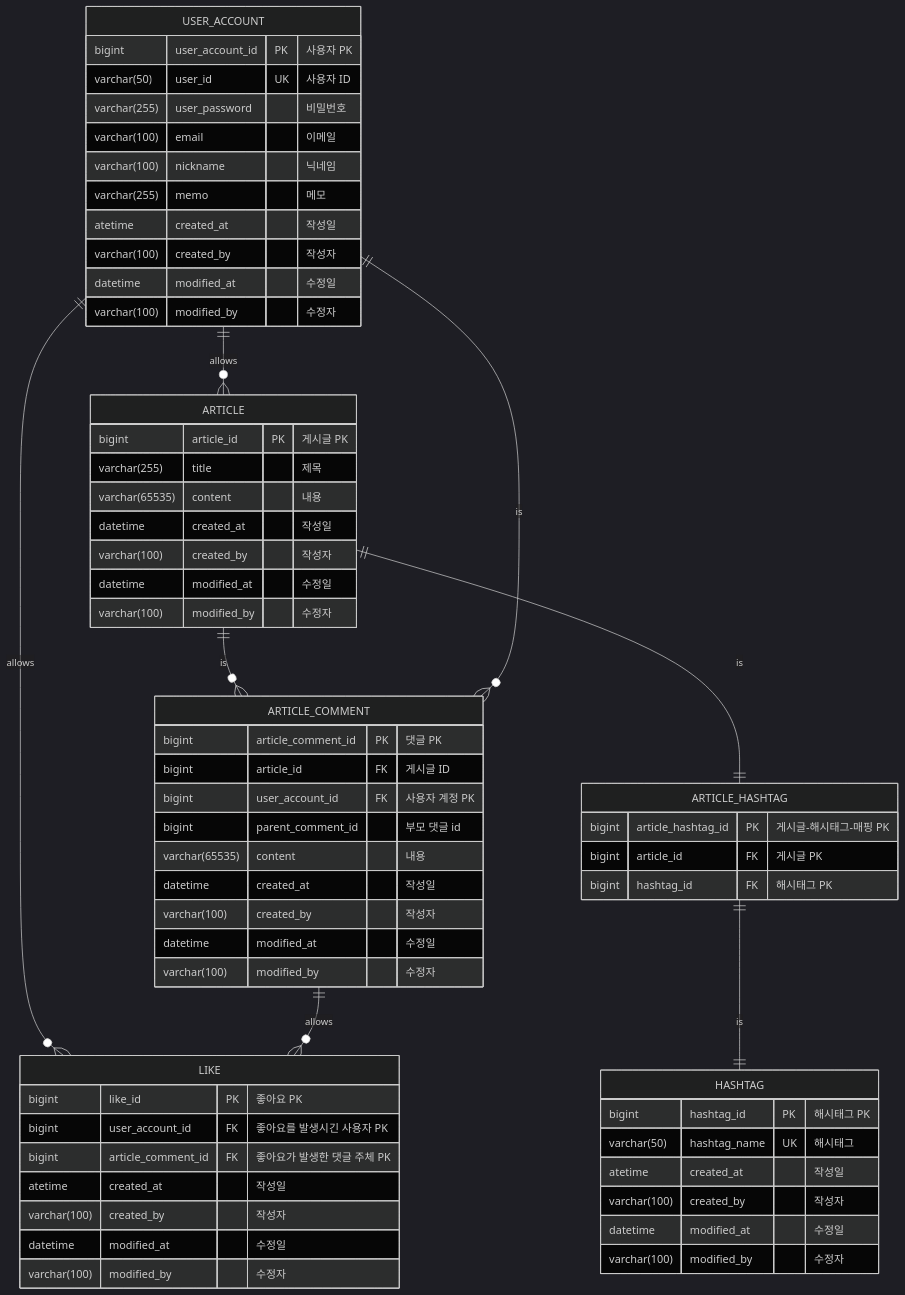
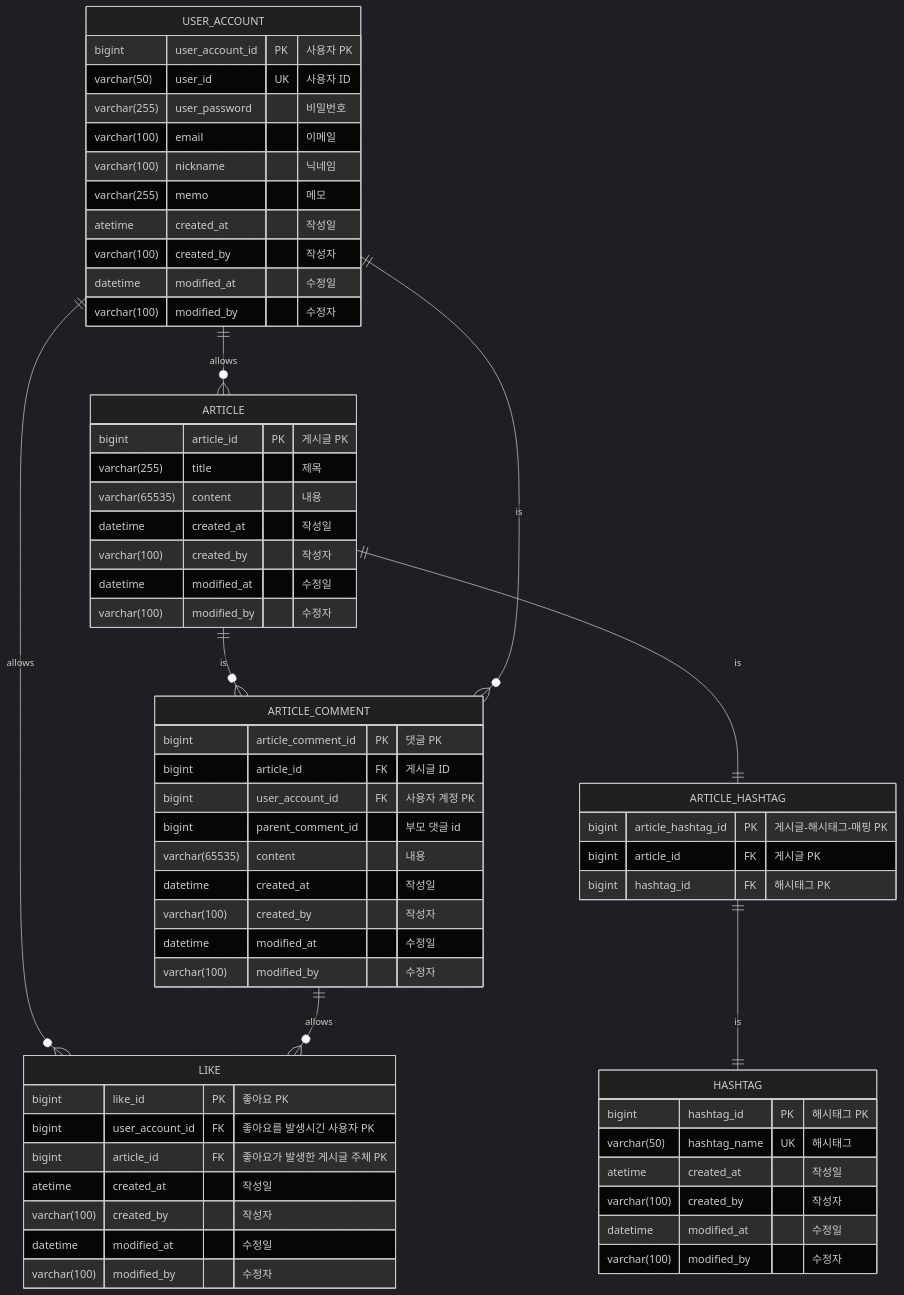
Before and after one commit to jangseoyun/car-hr-sns: the diagram in README.md, drawn with Mermaid (dark theme).

Commit message:
refact: Like entity 수정
- 댓글에서 게시글로 수정

#101

````diff
--- a/README.md
+++ b/README.md
@@ -5,69 +5,69 @@
 ``` mermaid
 erDiagram 
 ARTICLE ||--o{ ARTICLE_COMMENT : is
     ARTICLE {
         bigint article_id PK "게시글 PK"
         varchar(255) title "제목" 
         varchar(65535) content "내용"
         datetime created_at "작성일"
         varchar(100) created_by "작성자"
         datetime modified_at "수정일"
         varchar(100) modified_by "수정자"
     }
 
     ARTICLE_COMMENT {
         bigint article_comment_id PK "댓글 PK"
         bigint article_id FK "게시글 ID"
         bigint user_account_id FK "사용자 계정 PK"
         bigint parent_comment_id "부모 댓글 id"
         varchar(65535) content "내용"
         datetime created_at "작성일"
         varchar(100) created_by "작성자"
         datetime modified_at "수정일"
         varchar(100) modified_by "수정자"
     }
     
     ARTICLE_HASHTAG {
         bigint article_hashtag_id PK "게시글-해시태그-매핑 PK"
         bigint article_id FK "게시글 PK"
         bigint hashtag_id FK "해시태그 PK"
     }
     
 ARTICLE ||--|| ARTICLE_HASHTAG : is
 ARTICLE_HASHTAG ||--|| HASHTAG : is
     HASHTAG {
         bigint hashtag_id PK "해시태그 PK"
         varchar(50) hashtag_name UK "해시태그"
         atetime created_at "작성일"
         varchar(100) created_by "작성자"
         datetime modified_at "수정일"
         varchar(100) modified_by "수정자"
     }
 
 USER_ACCOUNT ||--o{ ARTICLE : allows
 USER_ACCOUNT ||--o{ ARTICLE_COMMENT : is
     USER_ACCOUNT {
         bigint user_account_id PK "사용자 PK"
         varchar(50) user_id UK "사용자 ID"
         varchar(255) user_password "비밀번호"
         varchar(100) email "이메일"
         varchar(100) nickname "닉네임"
         varchar(255) memo "메모" 
         atetime created_at "작성일"
         varchar(100) created_by "작성자"
         datetime modified_at "수정일"
         varchar(100) modified_by "수정자"
     }
 USER_ACCOUNT ||--o{ LIKE : allows
 ARTICLE_COMMENT ||--o{ LIKE : allows
     LIKE {
         bigint like_id PK "좋아요 PK"
         bigint user_account_id FK "좋아요를 발생시긴 사용자 PK"
-        bigint article_comment_id FK "좋아요가 발생한 댓글 주체 PK"
+        bigint article_id FK "좋아요가 발생한 게시글 주체 PK"
         atetime created_at "작성일"
         varchar(100) created_by "작성자"
         datetime modified_at "수정일"
         varchar(100) modified_by "수정자"
     }
    
 ```
````
